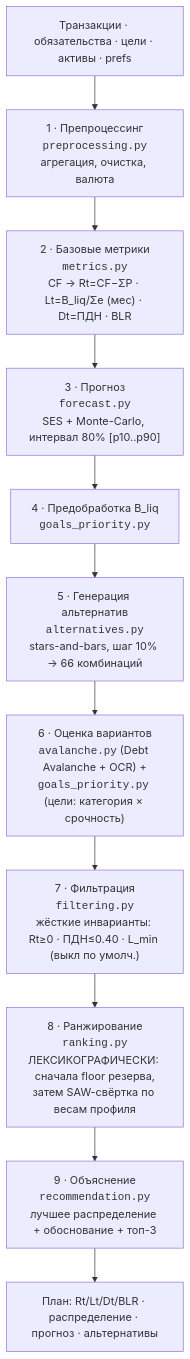
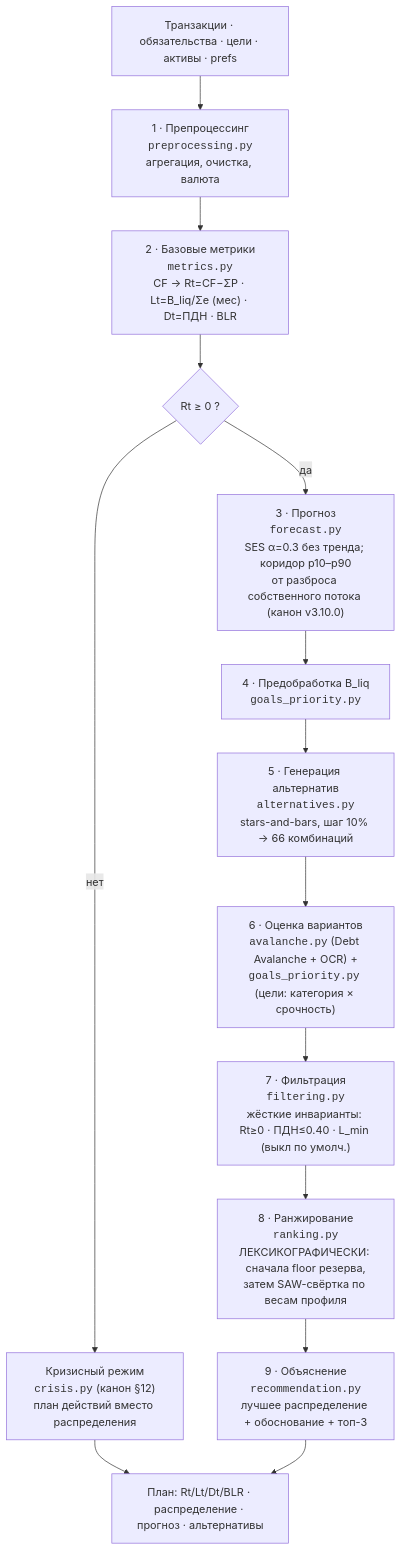
One commit to vevdokimovm/personal-finance-dss changed the third of 10 diagrams in docs/diagrams.md. Above: the diagram before and after it, drawn with Mermaid. The commit also changed other lines of this file and 59 other files, not shown here.

Commit message:
personal-finance-dss v9.13.3 — ВЛ-29 закрыт: гейты судят по публикуемому контуру, блокирующие джобы CI зелёные, README и диаграммы приведены к коду

````diff
--- a/docs/diagrams.md
+++ b/docs/diagrams.md
@@ -323,17 +326,21 @@
 ```mermaid
 flowchart TD
     In["Транзакции · обязательства · цели · активы · prefs"]
 
     S1["1 · Препроцессинг<br/><code>preprocessing.py</code><br/>агрегация, очистка, валюта"]
     S2["2 · Базовые метрики<br/><code>metrics.py</code><br/>CF → Rt=CF−ΣP · Lt=B_liq/Σe (мес) · Dt=ПДН · BLR"]
-    S3["3 · Прогноз<br/><code>forecast.py</code><br/>SES + Monte-Carlo, интервал 80% [p10..p90]"]
+    Crisis{"Rt ≥ 0 ?"}
+    CR["Кризисный режим<br/><code>crisis.py</code> (канон §12)<br/>план действий вместо распределения"]
+    S3["3 · Прогноз<br/><code>forecast.py</code><br/>SES α=0.3 без тренда; коридор p10–p90<br/>от разброса собственного потока (канон v3.10.0)"]
     S4["4 · Предобработка B_liq<br/><code>goals_priority.py</code>"]
     S5["5 · Генерация альтернатив<br/><code>alternatives.py</code><br/>stars-and-bars, шаг 10% → 66 комбинаций"]
     S6["6 · Оценка вариантов<br/><code>avalanche.py</code> (Debt Avalanche + OCR) +<br/><code>goals_priority.py</code> (цели: категория × срочность)"]
     S7["7 · Фильтрация<br/><code>filtering.py</code><br/>жёсткие инварианты: Rt≥0 · ПДН≤0.40 · L_min (выкл по умолч.)"]
     S8["8 · Ранжирование<br/><code>ranking.py</code><br/>ЛЕКСИКОГРАФИЧЕСКИ: сначала floor резерва,<br/>затем SAW-свёртка по весам профиля"]
     S9["9 · Объяснение<br/><code>recommendation.py</code><br/>лучшее распределение + обоснование + топ-3"]
     Out["План: Rt/Lt/Dt/BLR · распределение · прогноз · альтернативы"]
 
-    In --> S1 --> S2 --> S3 --> S4 --> S5 --> S6 --> S7 --> S8 --> S9 --> Out
+    In --> S1 --> S2 --> Crisis
+    Crisis -- "нет" --> CR --> Out
+    Crisis -- "да" --> S3 --> S4 --> S5 --> S6 --> S7 --> S8 --> S9 --> Out
 ```
````
